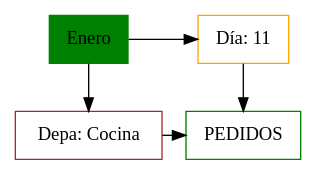
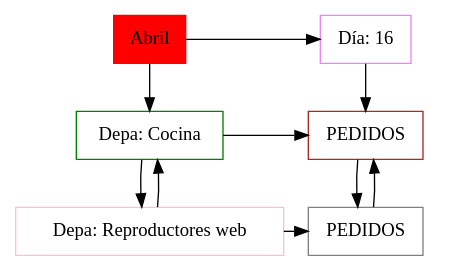
Before and after one commit to Daniel-Chicas/EDD_VirtualMall_201807079: the diagram in cliente/src/ImagenMatriz/Matriz.dot, drawn with Graphviz. The commit also changed 10 other files, not shown here.

```diff
--- a/cliente/src/ImagenMatriz/Matriz.dot
+++ b/cliente/src/ImagenMatriz/Matriz.dot
@@ -1,15 +1,23 @@
-digraph Daniel19971{
+digraph Daniel20214{
 node[shape=box];
-MT[label="Enero", style = filled, color=green, group = 1];
+MT[label="Abril", style = filled, color=red, group = 1];
 e0[shape = point, width = 0];
 e0[shape = point, width = 0];
-node0xc00025eff0[color=brown, label="Depa: Cocina", group = 1];
-MT->node0xc00025eff0;
-node0xc00025f040[color=orange, label="Día: 11", group = 2];
-MT->node0xc00025f040;
-{rank = same;MT;node0xc00025f040;}
-node0xc0001a6400[color=green, label="PEDIDOS", group = 2];
-node0xc00025f040->node0xc0001a6400;
-node0xc00025eff0->node0xc0001a6400;
-{rank = same;node0xc00025eff0;node0xc0001a6400;}
+node0xc0002285a0[color=green, label="Depa: Cocina", group = 1];
+MT->node0xc0002285a0;
+node0xc0002285a0->node0xc0000ab2c0;
+node0xc0000ab2c0[color=pink, label="Depa: Reproductores web", group = 1];
+node0xc0000ab2c0->node0xc0002285a0;
+node0xc0002285f0[color=violet, label="Día: 16", group = 2];
+MT->node0xc0002285f0;
+{rank = same;MT;node0xc0002285f0;}
+node0xc000138280[color=brown, label="PEDIDOS", group = 2];
+node0xc0002285f0->node0xc000138280;
+node0xc0001384c0[color=gray, label="PEDIDOS", group = 2];
+node0xc000138280->node0xc0001384c0;
+node0xc0001384c0->node0xc000138280;
+node0xc0002285a0->node0xc000138280;
+{rank = same;node0xc0002285a0;node0xc000138280;}
+node0xc0000ab2c0->node0xc0001384c0;
+{rank = same;node0xc0000ab2c0;node0xc0001384c0;}
 }
```
